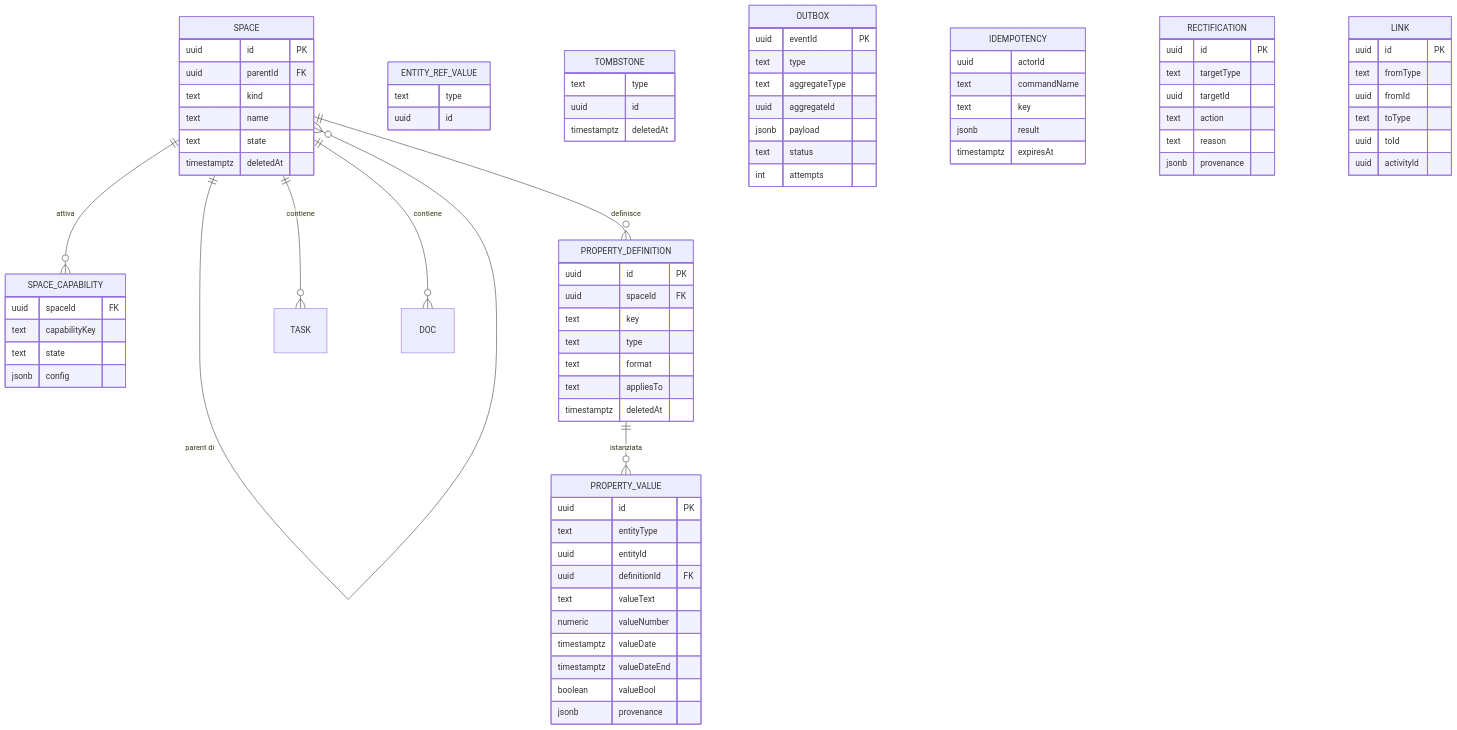
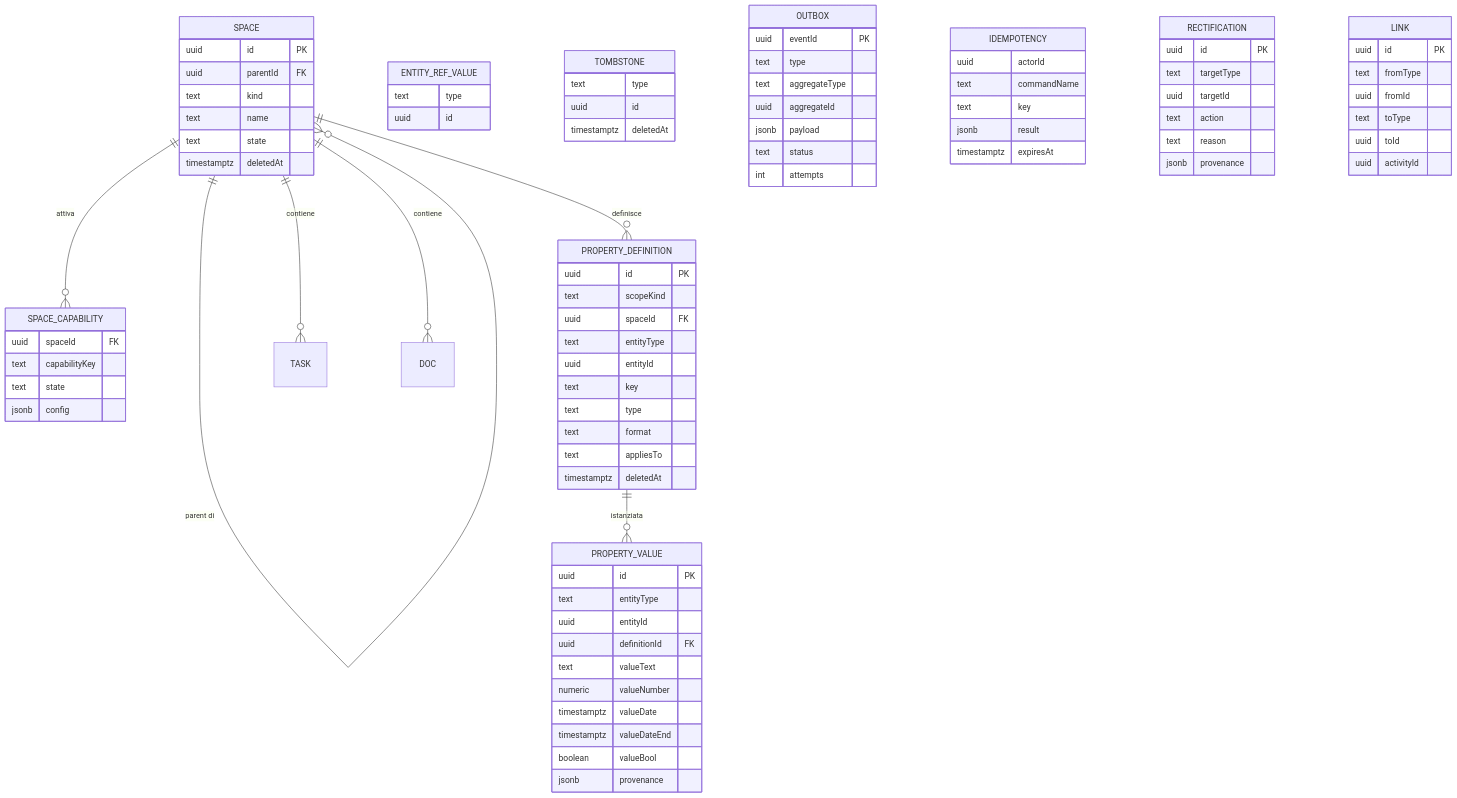
The fifth of 23 diagrams in docs/architecture/diagrams.md (cgiovanni96/nando), drawn with Mermaid before and after one commit. The commit also changed other lines of this file and 13 other files, not shown here.

```diff
--- a/docs/architecture/diagrams.md
+++ b/docs/architecture/diagrams.md
@@ -231,7 +231,10 @@
     }
     PROPERTY_DEFINITION {
         uuid id PK
+        text scopeKind
         uuid spaceId FK
+        text entityType
+        uuid entityId
         text key
         text type
         text format
```
